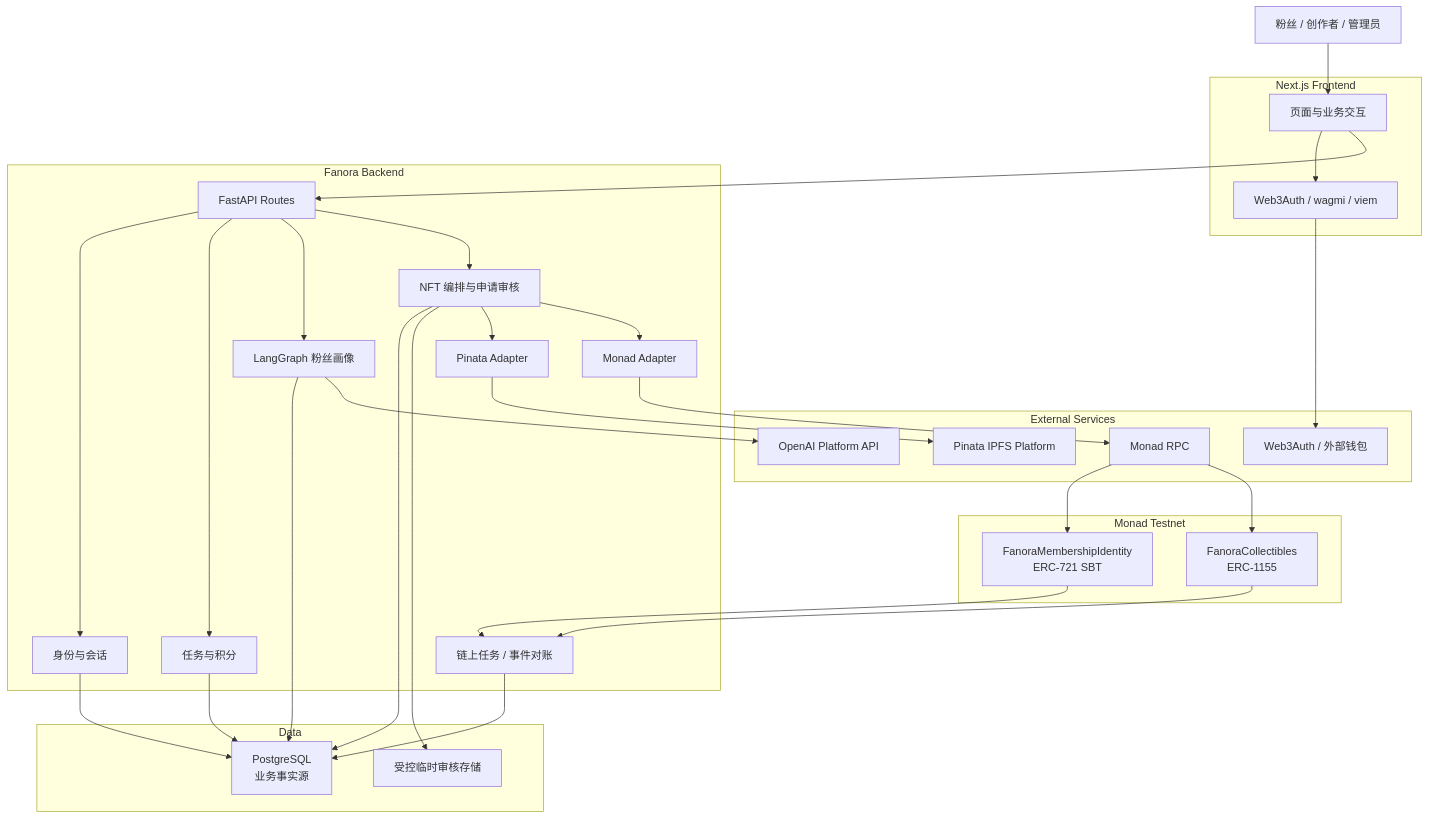
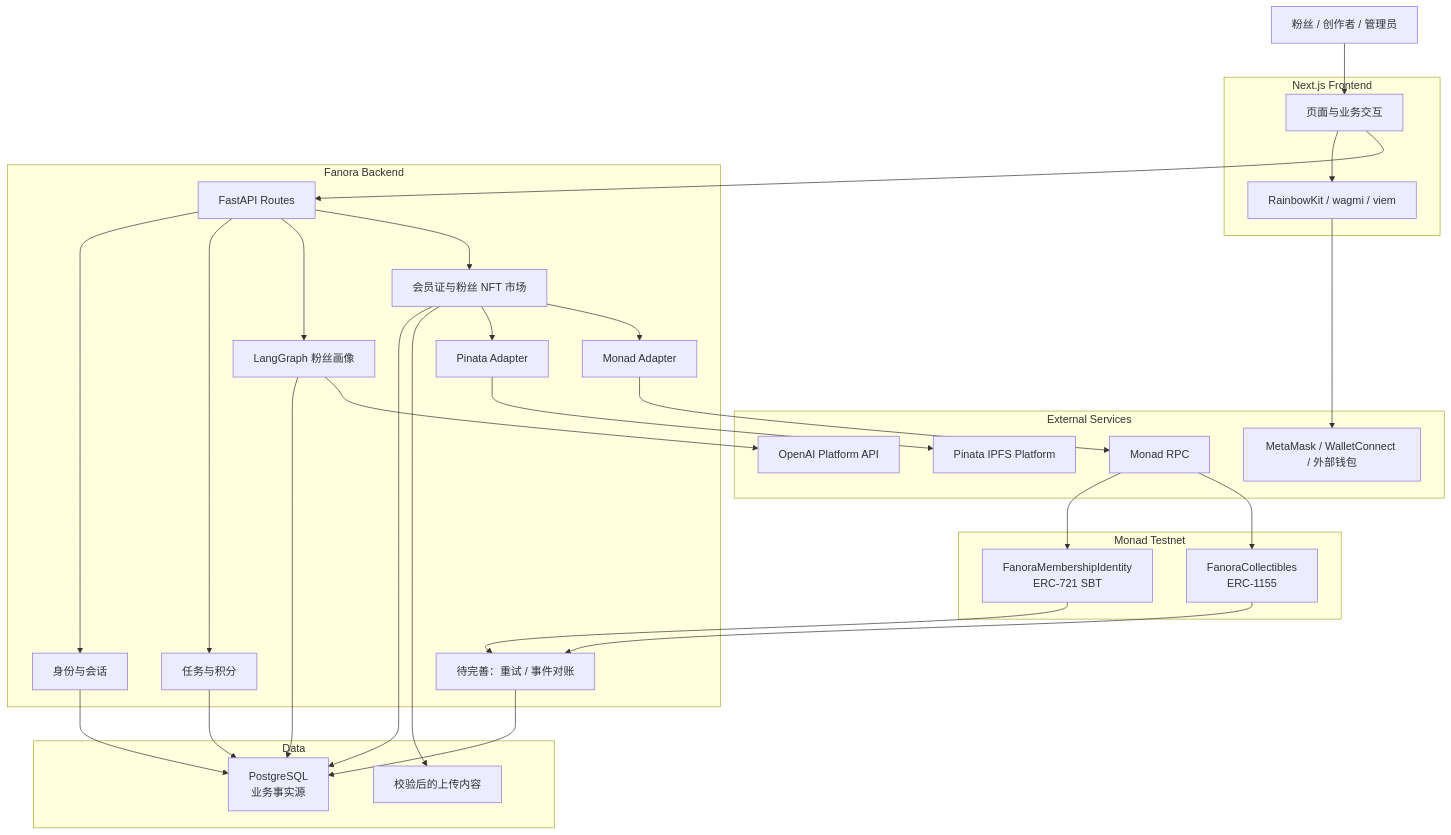
The first of 5 diagrams in docs/ARCHITECTURE.md (ouminghai/Fanora), drawn with Mermaid before and after one commit. The commit also changed other lines of this file and 181 other files, not shown here.

Commit message:
feat: launch wallet auth and fan NFT marketplace

````diff
--- a/docs/ARCHITECTURE.md
+++ b/docs/ARCHITECTURE.md
@@ -33,61 +33,61 @@
 ```mermaid
 flowchart TB
     USER["粉丝 / 创作者 / 管理员"]
 
     subgraph FRONTEND["Next.js Frontend"]
         WEB["页面与业务交互"]
-        WALLET["Web3Auth / wagmi / viem"]
+        WALLET["RainbowKit / wagmi / viem"]
     end
 
     subgraph BACKEND["Fanora Backend"]
         API["FastAPI Routes"]
         AUTH["身份与会话"]
         TASK["任务与积分"]
         PROFILE["LangGraph 粉丝画像"]
-        NFT["NFT 编排与申请审核"]
+        NFT["会员证与粉丝 NFT 市场"]
         CHAIN["Monad Adapter"]
         IPFS["Pinata Adapter"]
-        WORKER["链上任务 / 事件对账"]
+        WORKER["待完善：重试 / 事件对账"]
     end
 
     subgraph DATA["Data"]
         DB["PostgreSQL<br/>业务事实源"]
-        STAGING["受控临时审核存储"]
+        MEDIA["校验后的上传内容"]
     end
 
     subgraph EXTERNAL["External Services"]
-        WEB3AUTH["Web3Auth / 外部钱包"]
+        WALLETS["MetaMask / WalletConnect / 外部钱包"]
         OPENAI["OpenAI Platform API"]
         PINATA["Pinata IPFS Platform"]
         RPC["Monad RPC"]
     end
 
     subgraph MONAD["Monad Testnet"]
         ERC721["FanoraMembershipIdentity<br/>ERC-721 SBT"]
         ERC1155["FanoraCollectibles<br/>ERC-1155"]
     end
 
     USER --> WEB
     WEB --> WALLET
-    WALLET --> WEB3AUTH
+    WALLET --> WALLETS
     WEB --> API
     API --> AUTH
     API --> TASK
     API --> PROFILE
     API --> NFT
     AUTH --> DB
     TASK --> DB
     PROFILE --> DB
     PROFILE --> OPENAI
     NFT --> DB
-    NFT --> STAGING
+    NFT --> MEDIA
     NFT --> IPFS
     IPFS --> PINATA
     NFT --> CHAIN
     CHAIN --> RPC
     RPC --> ERC721
     RPC --> ERC1155
     ERC721 --> WORKER
     ERC1155 --> WORKER
     WORKER --> DB
 ```
````
